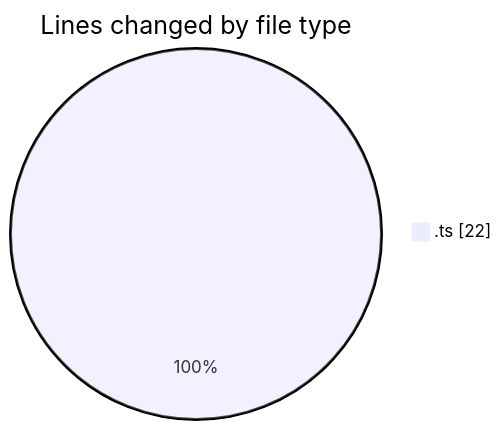
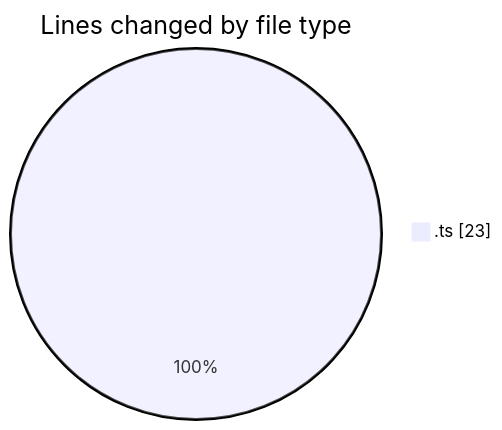
Before and after one commit to robertbonfada/code-tracking: the first of 2 diagrams in 2025-03-07/termonied-web/README.md, drawn with Mermaid. The commit also changed other lines of this file and 1 other file, not shown here.

````diff
--- a/2025-03-07/termonied-web/README.md
+++ b/2025-03-07/termonied-web/README.md
@@ -20,5 +20,5 @@
 ```mermaid
 pie showData
 title Lines changed by file type
-".ts" : 22
+".ts" : 23
 ```
````
